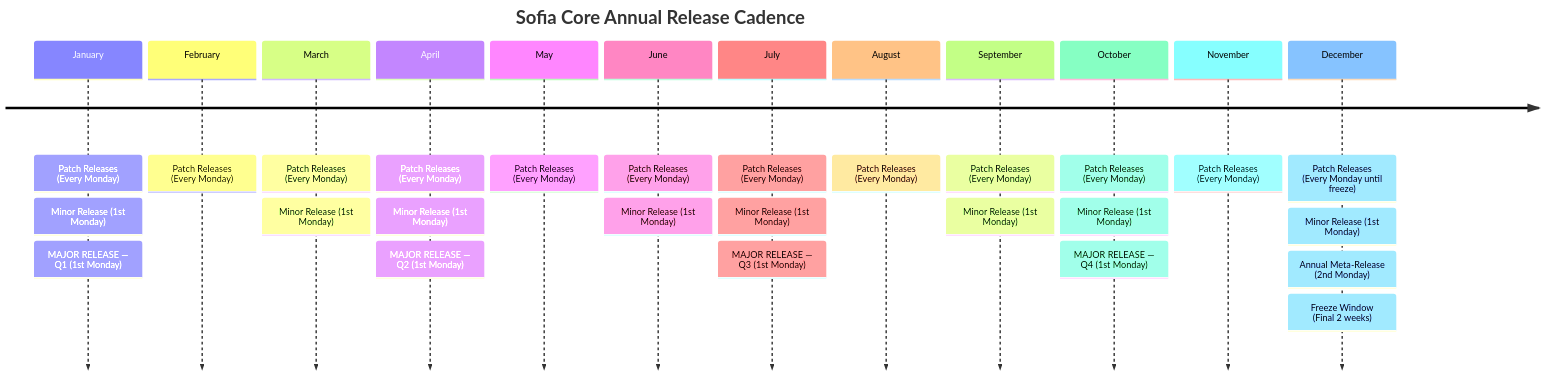
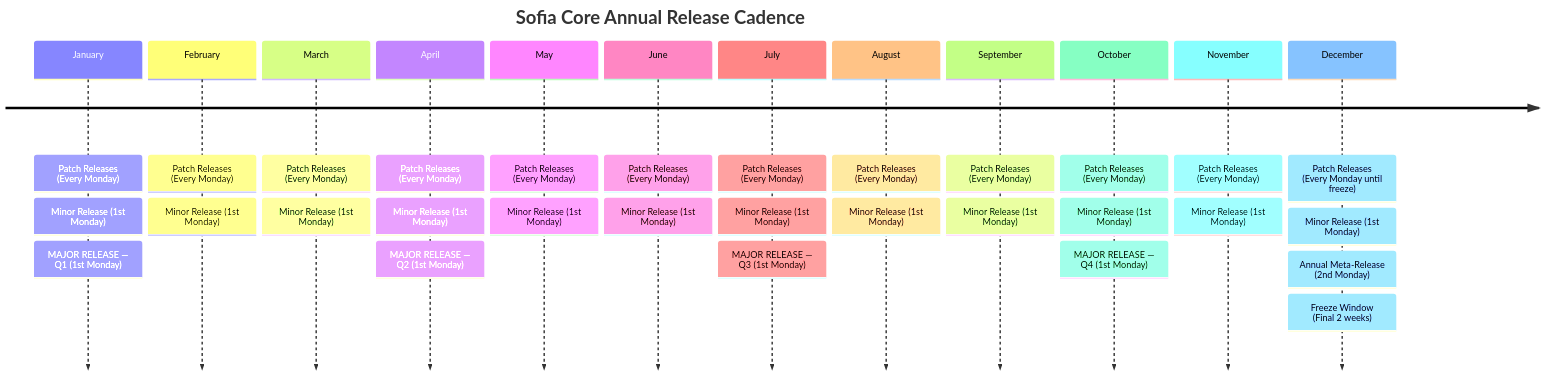
The diagram in RELEASE_CALENDAR.md (emeraldorbit/frasberg-ai-backend), drawn with Mermaid before and after one commit. The commit also changed other lines of this file, not shown here.

Commit message:
Add minor releases for all 12 months (Feb, May, Aug, Nov)

````diff
--- a/RELEASE_CALENDAR.md
+++ b/RELEASE_CALENDAR.md
@@ -179,54 +183,58 @@
 ```mermaid
 timeline
     title Sofia Core Annual Release Cadence
 
     January
         : Patch Releases (Every Monday)
         : Minor Release (1st Monday)
         : MAJOR RELEASE — Q1 (1st Monday)
 
     February
         : Patch Releases (Every Monday)
+        : Minor Release (1st Monday)
 
     March
         : Patch Releases (Every Monday)
         : Minor Release (1st Monday)
 
     April
         : Patch Releases (Every Monday)
         : Minor Release (1st Monday)
         : MAJOR RELEASE — Q2 (1st Monday)
 
     May
         : Patch Releases (Every Monday)
+        : Minor Release (1st Monday)
 
     June
         : Patch Releases (Every Monday)
         : Minor Release (1st Monday)
 
     July
         : Patch Releases (Every Monday)
         : Minor Release (1st Monday)
         : MAJOR RELEASE — Q3 (1st Monday)
 
     August
         : Patch Releases (Every Monday)
+        : Minor Release (1st Monday)
 
     September
         : Patch Releases (Every Monday)
         : Minor Release (1st Monday)
 
     October
         : Patch Releases (Every Monday)
         : Minor Release (1st Monday)
         : MAJOR RELEASE — Q4 (1st Monday)
 
     November
         : Patch Releases (Every Monday)
+        : Minor Release (1st Monday)
 
     December
         : Patch Releases (Every Monday until freeze)
         : Minor Release (1st Monday)
         : Annual Meta‑Release (2nd Monday)
         : Freeze Window (Final 2 weeks)
 ```
````
